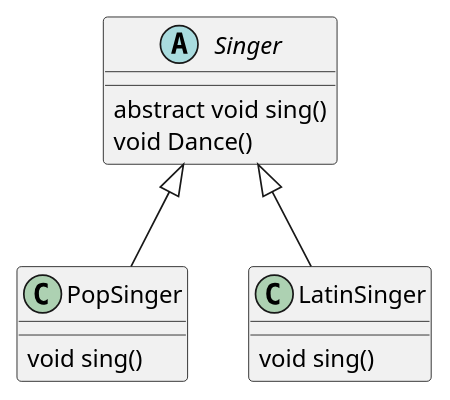
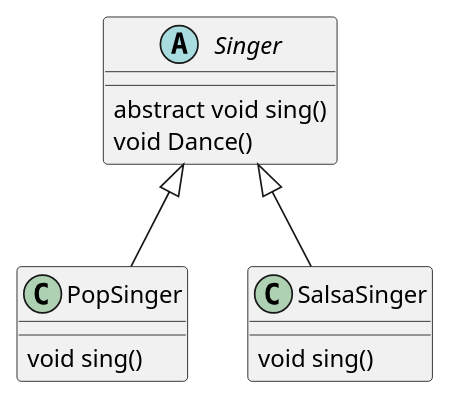
One commit to xenodium/xenodium.github.io changed the diagram in index.org. Above: the diagram before and after it, drawn with PlantUML. The commit also changed other lines of this file and 2 other files, not shown here.

Commit message:
Update plantuml usage.

```diff
--- a/index.org
+++ b/index.org
@@ -9,20 +28,20 @@
 #+BEGIN_SRC plantuml :exports both :file images/plantuml-example/plantuml-singer.png
   @startuml
     abstract class Singer {
       abstract void sing()
       void Dance()
     }
 
     Singer <|-- PopSinger
-    Singer <|-- LatinSinger
+    Singer <|-- SalsaSinger
 
     class PopSinger {
       void sing()
     }
 
-    class LatinSinger {
+    class SalsaSinger {
       void sing()
     }
 
   @enduml
 #+END_SRC
```
